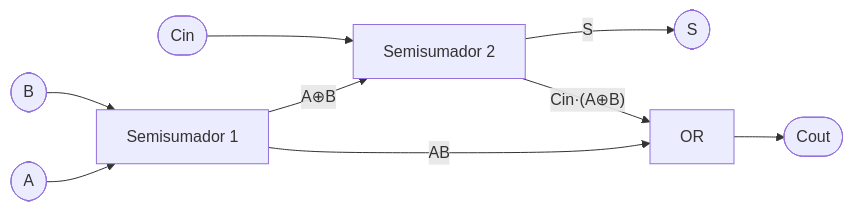
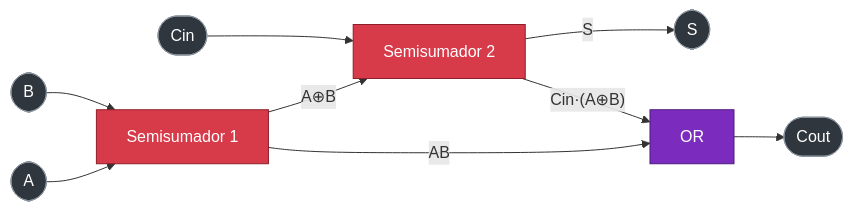
One commit to manuelponcearmijos-lgtm/cuadernoDisenoCircuitos changed the third of 4 diagrams in Unidad_1.md. Above: the diagram before and after it, drawn with Mermaid. The commit also changed other lines of this file and 2 other files, not shown here.

Commit message:
Mejorar el diseño del cuaderno: alertas, insignias, botones de navegación y diagramas con color

````diff
--- a/Unidad_1.md
+++ b/Unidad_1.md
@@ -443,11 +533,17 @@
 ```mermaid
 flowchart LR
     A([A]) --> HA1["Semisumador 1"]
     B([B]) --> HA1
     HA1 -- "A⊕B" --> HA2["Semisumador 2"]
     Cin([Cin]) --> HA2
     HA2 -- "S" --> S([S])
     HA1 -- "AB" --> OR["OR"]
     HA2 -- "Cin·(A⊕B)" --> OR
     OR --> Cout([Cout])
+    classDef ha fill:#D73A49,stroke:#8E1F2A,color:#ffffff
+    classDef puerta fill:#7B2CBF,stroke:#4E1A7A,color:#ffffff
+    classDef io fill:#30363D,stroke:#8B949E,color:#ffffff
+    class HA1,HA2 ha
+    class OR puerta
+    class A,B,Cin,S,Cout io
 ```
````
